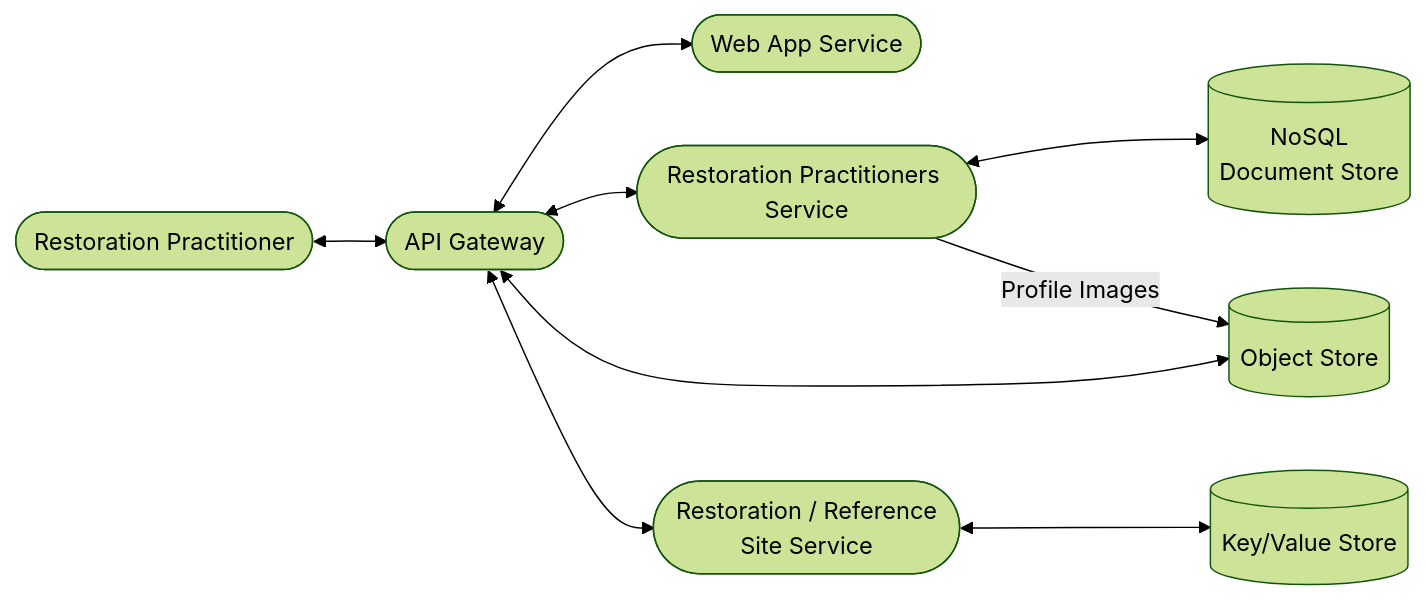
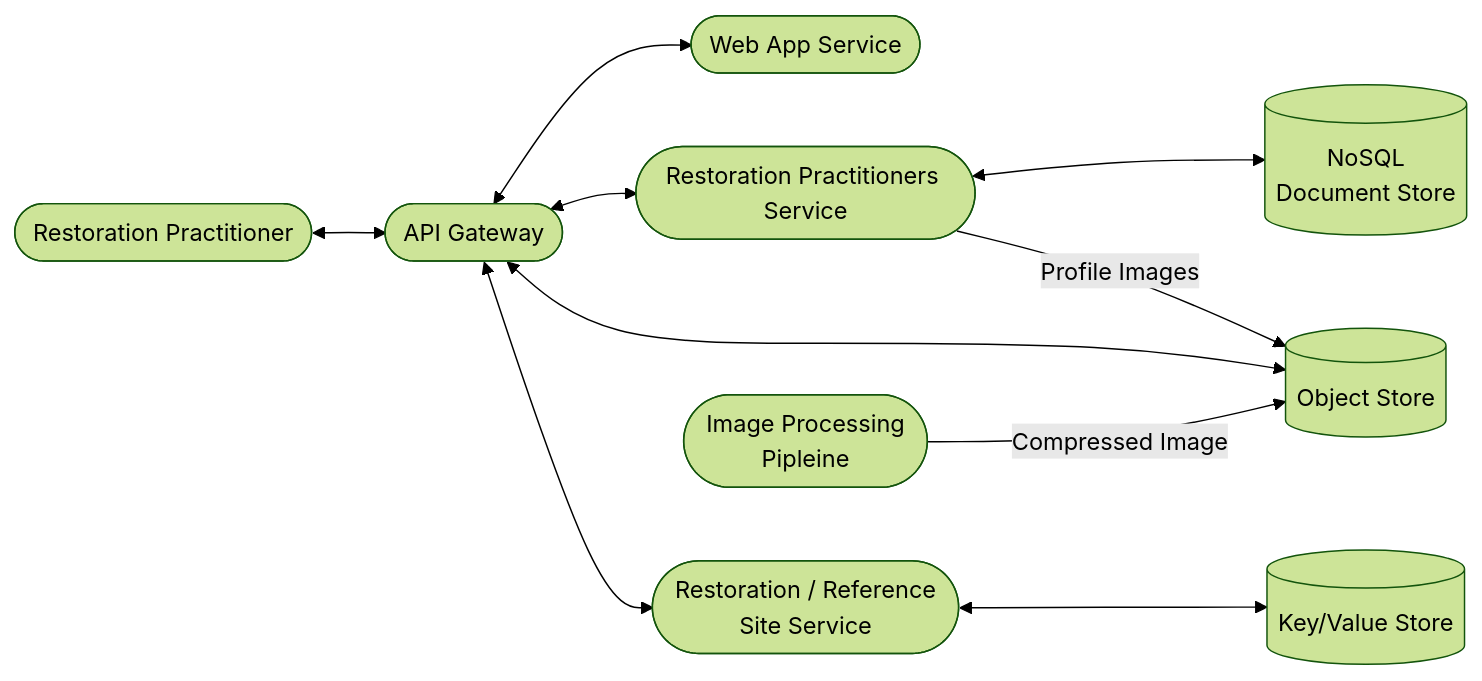
The fourth of 4 diagrams in README.md (maulikdave-fh/bdi), drawn with Mermaid (forest theme) before and after one commit.

````diff
--- a/README.md
+++ b/README.md
@@ -125,11 +125,12 @@
 ```mermaid
     flowchart LR
         RP([Restoration Practitioner]) <--> APIGateway([API Gateway])
         APIGateway <--> WebApp([Web App Service])
         APIGateway <--> RPS([Restoration Practitioners Service])
         RPS <--> RPSSQL[(NoSQL<br/> Document Store)]
         RPS --> |Profile Images| ObjStore[(Object Store)]
         APIGateway <--> Site([Restoration / Reference<br/> Site Service])
         Site <--> RSSSQL[(Key/Value Store)]
         APIGateway <--> ObjStore
+        IPP([Image Processing<br/>Pipleine]) --> |Compressed Image| ObjStore
 ```
````
